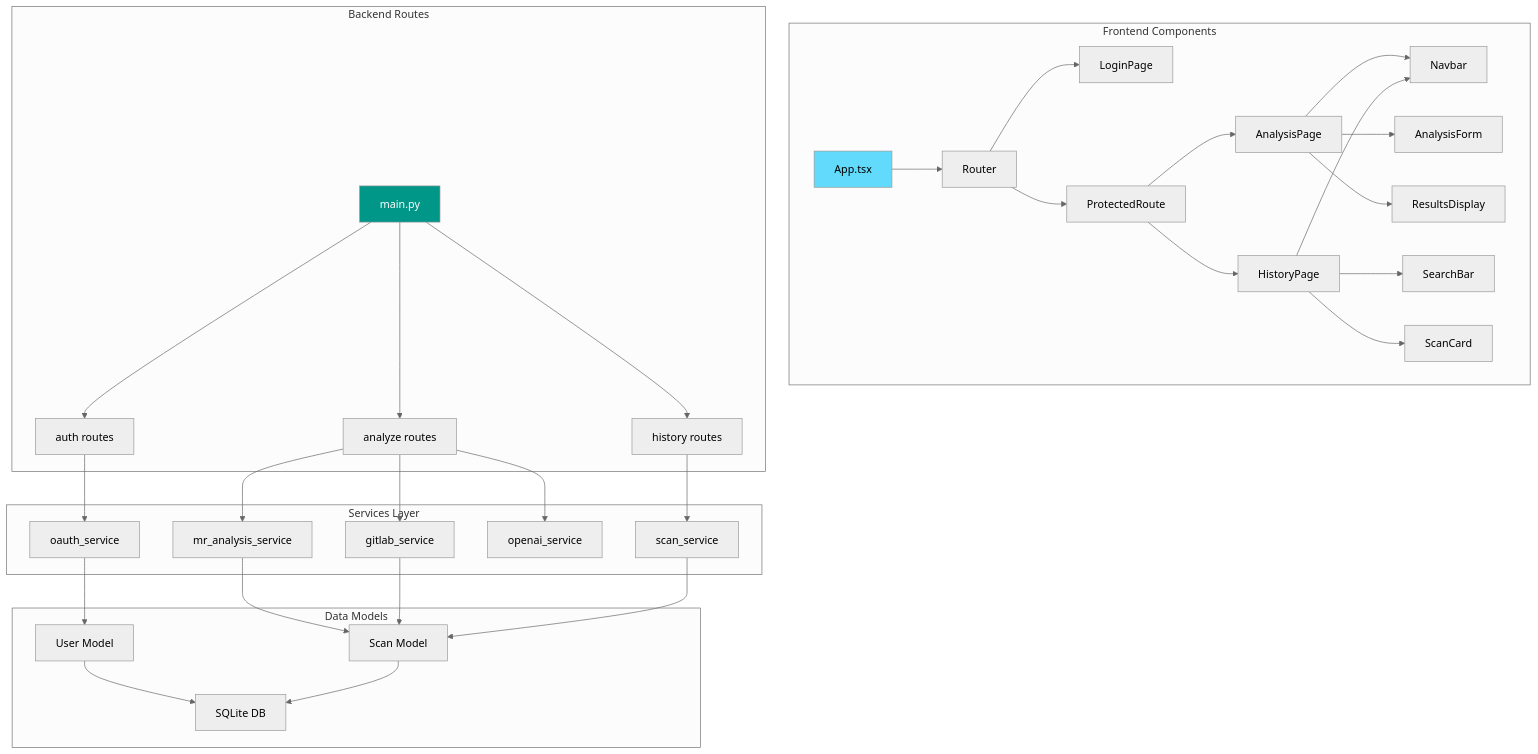
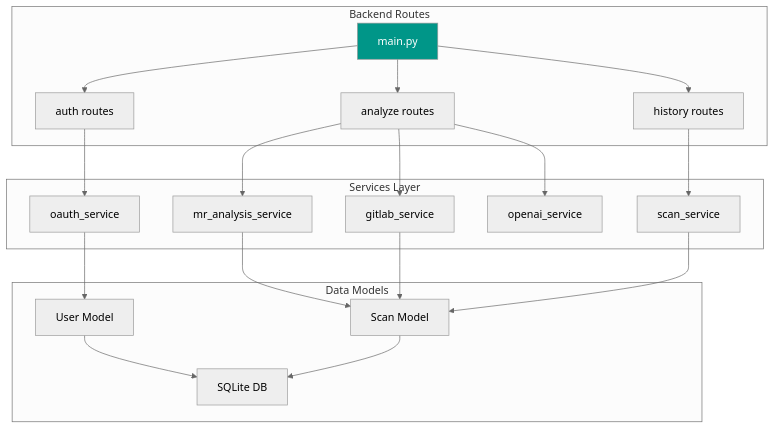
Before and after one commit to spken/delta: the third of 9 diagrams in ARCHITECTURE.md, drawn with Mermaid (neutral theme). The commit also changed other lines of this file and 1 other file, not shown here.

Commit message:
refactor: Update architecture documentation for frontend and security components

````diff
--- a/ARCHITECTURE.md
+++ b/ARCHITECTURE.md
@@ -66,42 +87,27 @@
 ```mermaid
 graph TD
-    subgraph "Frontend Components"
-        A[App.tsx] --> B[Router]
-        B --> C[LoginPage]
-        B --> D[ProtectedRoute]
-        D --> E[AnalysisPage]
-        D --> F[HistoryPage]
-        E --> G[Navbar]
-        E --> H[AnalysisForm]
-        E --> I[ResultsDisplay]
-        F --> G
-        F --> J[SearchBar]
-        F --> K[ScanCard]
-    end
-
     subgraph "Backend Routes"
         L[main.py] --> M[auth routes]
         L --> N[analyze routes]
         L --> O[history routes]
     end
 
     subgraph "Services Layer"
         M --> P[oauth_service]
         N --> Q[mr_analysis_service]
         N --> R[gitlab_service]
         N --> S[openai_service]
         O --> T[scan_service]
     end
 
     subgraph "Data Models"
         P --> U[User Model]
         Q --> V[Scan Model]
         R --> V
         T --> V
         U --> W[SQLite DB]
         V --> W
     end
 
-    style A fill:#61dafb,color:#000
     style L fill:#009688,color:#fff
 ```
````
